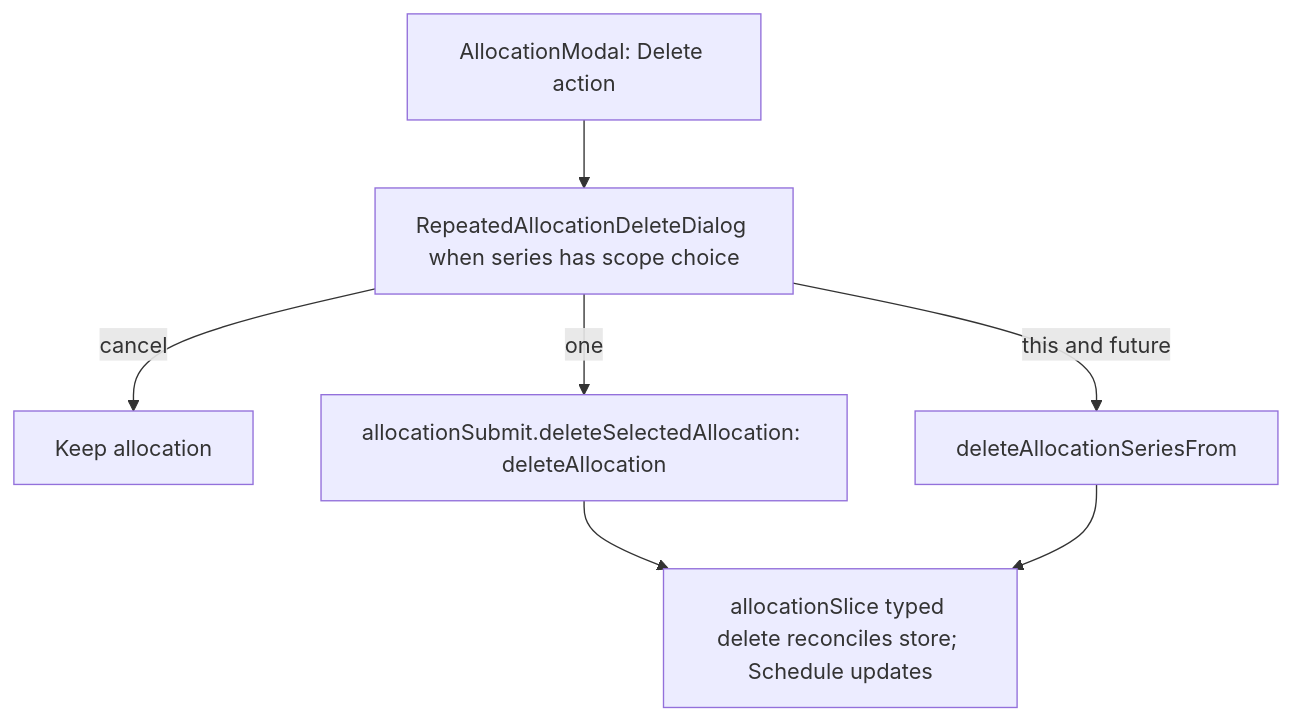
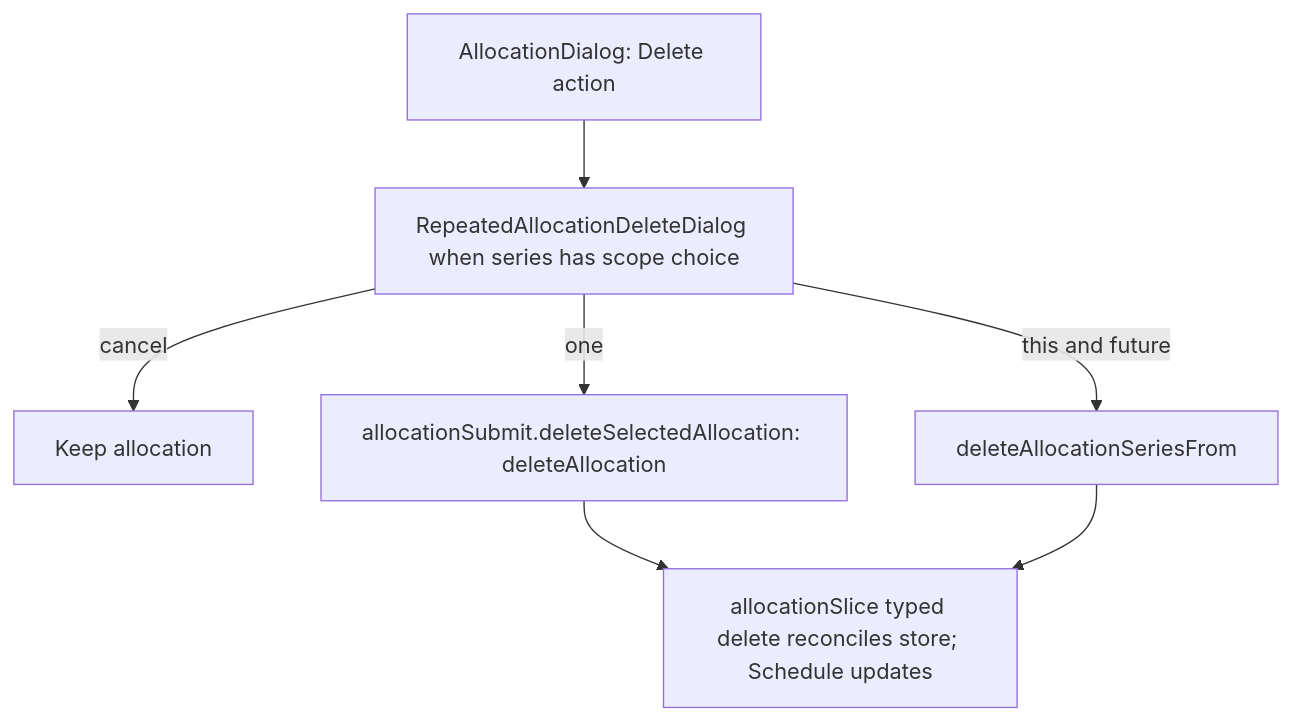
One commit to Kevinjohn/capacitylens changed the second of 2 diagrams in user-stories/allocation/US-ALL-04-delete.md. Above: the diagram before and after it, drawn with Mermaid. The commit also changed other lines of this file and 47 other files, not shown here.

First line of the commit message:
Allocation dialog: rename allocation modal files and types

````diff
--- a/user-stories/allocation/US-ALL-04-delete.md
+++ b/user-stories/allocation/US-ALL-04-delete.md
@@ -38,9 +38,9 @@
 ```mermaid
 flowchart TD
-  A["AllocationModal: Delete action"] --> B["RepeatedAllocationDeleteDialog when series has scope choice"]
+  A["AllocationDialog: Delete action"] --> B["RepeatedAllocationDeleteDialog when series has scope choice"]
   B -->|cancel| C["Keep allocation"]
   B -->|one| D["allocationSubmit.deleteSelectedAllocation: deleteAllocation"]
   B -->|this and future| E["deleteAllocationSeriesFrom"]
   D --> F["allocationSlice typed delete reconciles store; Schedule updates"]
   E --> F
 ```
````
